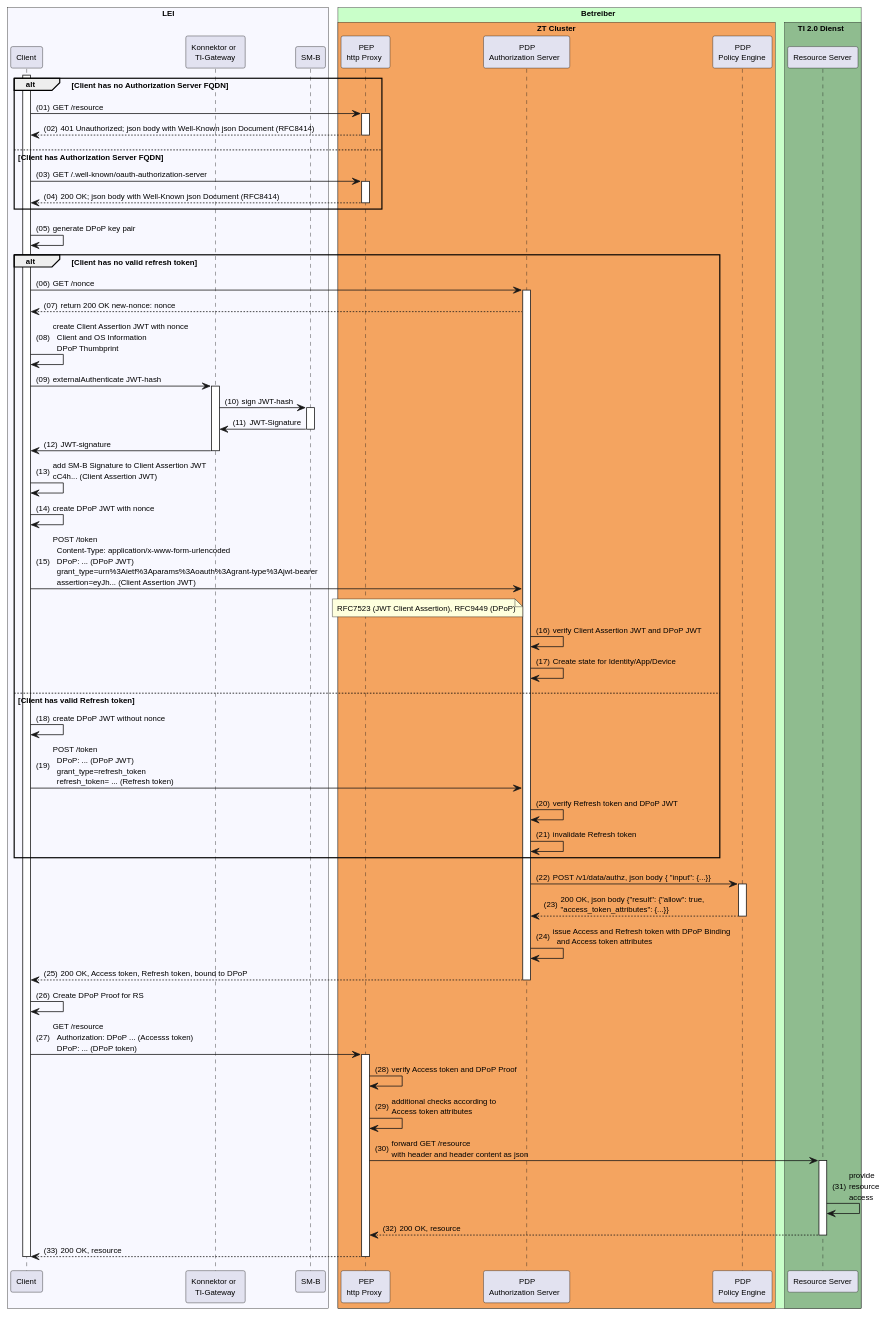
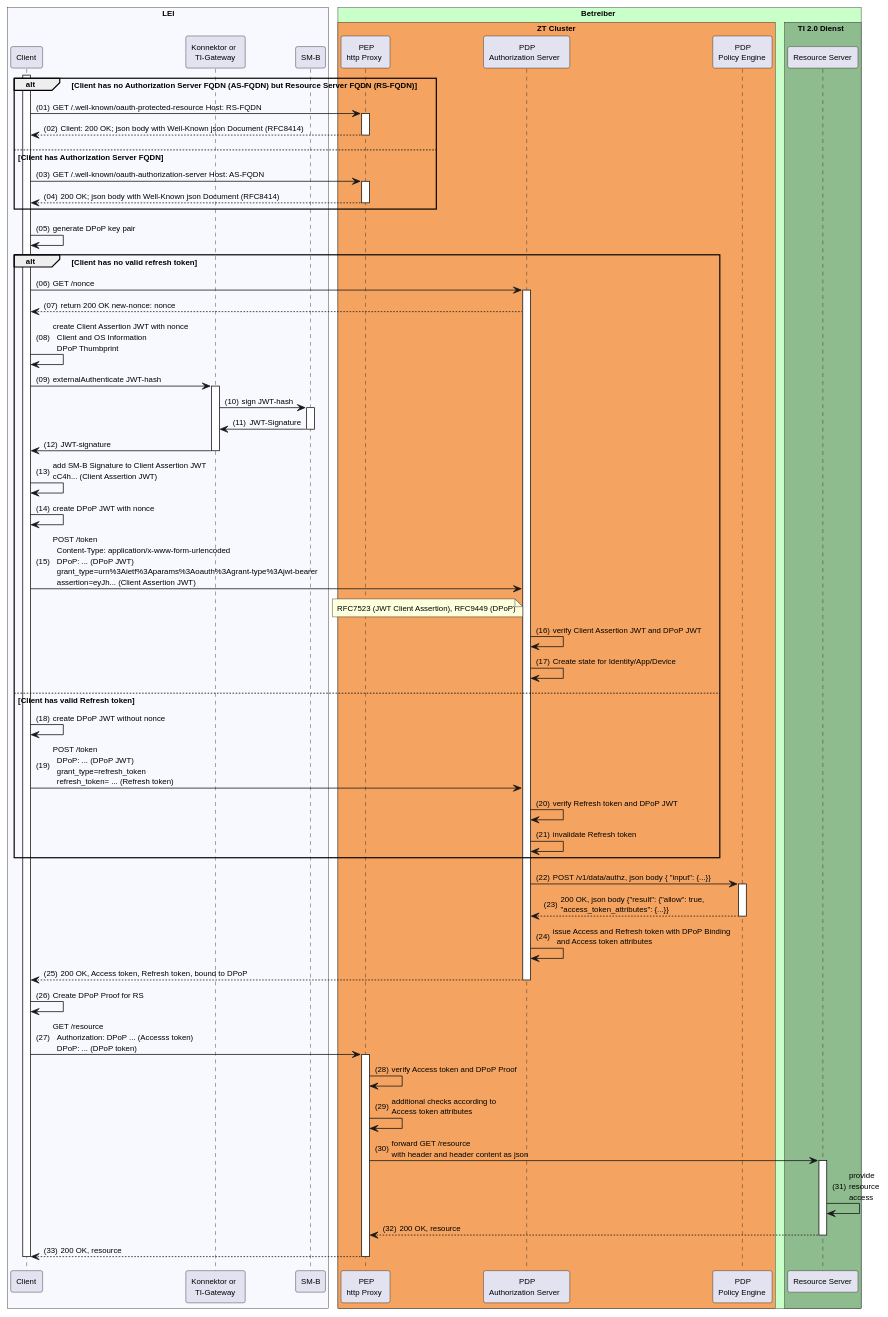
One commit to gematik/spec-t20r changed the diagram in src/plantuml/sm-b-auth.puml. Above: the diagram before and after it, drawn with PlantUML.

Commit message:
Clarify PlantUML sequence for client authorization flow and update HTTP request details

```diff
--- a/src/plantuml/sm-b-auth.puml
+++ b/src/plantuml/sm-b-auth.puml
@@ -1,109 +1,109 @@
 @startuml "SM-B_Auth_with_DPoP"
 autonumber "(00)"
 skinparam defaultFontSize 10
 skinparam defaultFontName Helvetica
 skinparam DefaultMonospacedFontName Courier
 skinparam lengthAdjust none
 
 !pragma teoz true
 
 box "LEI" #GhostWhite
   participant Client
   participant Konnektor as "Konnektor or\nTI-Gateway"
   participant SMB as "SM-B"
 end box
 
 box "Betreiber" #TECHNOLOGY
   box "ZT Cluster" #SandyBrown
     participant HP as "PEP\nhttp Proxy"
     participant AS as "PDP\nAuthorization Server" 
     participant PE as "PDP\nPolicy Engine"
   endbox
    box TI 2.0 Dienst #DarkSeaGreen
     participant RS as "Resource Server"
   endbox
 end box
 
 activate Client
-alt Client has no Authorization Server FQDN
-  Client -> HP: GET /resource
+alt Client has no Authorization Server FQDN (AS-FQDN) but Resource Server FQDN (RS-FQDN)
+  Client -> HP: GET /.well-known/oauth-protected-resource Host: RS-FQDN
   activate HP
-  HP --> Client: 401 Unauthorized; json body with Well-Known json Document (RFC8414)
+  HP --> Client: Client: 200 OK; json body with Well-Known json Document (RFC8414)
   deactivate HP
 else Client has Authorization Server FQDN
-  Client -> HP: GET /.well-known/oauth-authorization-server 
+  Client -> HP: GET /.well-known/oauth-authorization-server Host: AS-FQDN
   activate HP
   HP --> Client: 200 OK; json body with Well-Known json Document (RFC8414)
   deactivate HP
 end
 
 Client -> Client: generate DPoP key pair
 
 alt Client has no valid refresh token
 Client -> AS: GET /nonce
 activate AS
 AS --> Client: return 200 OK new-nonce: nonce
 Client -> Client: create Client Assertion JWT with nonce\n  Client and OS Information\n  DPoP Thumbprint
 Client -> Konnektor: externalAuthenticate JWT-hash
 activate Konnektor
 Konnektor -> SMB: sign JWT-hash
 activate SMB
 SMB -> Konnektor: JWT-Signature
 deactivate SMB
 Konnektor -> Client: JWT-signature
 deactivate Konnektor
 
 Client -> Client: add SM-B Signature to Client Assertion JWT\n\
 cC4h... (Client Assertion JWT)
 Client -> Client: create DPoP JWT with nonce
 Client -> AS: POST /token\n\
   Content-Type: application/x-www-form-urlencoded\n\
   DPoP: ... (DPoP JWT)\n\
   grant_type=urn%3Aietf%3Aparams%3Aoauth%3Agrant-type%3Ajwt-bearer\n\
   assertion=eyJh... (Client Assertion JWT)
 note left of AS
   RFC7523 (JWT Client Assertion), RFC9449 (DPoP)
 end note
 AS -> AS: verify Client Assertion JWT and DPoP JWT
 AS -> AS: Create state for Identity/App/Device
 
 else Client has valid Refresh token
 Client -> Client: create DPoP JWT without nonce
 Client -> AS: POST /token\n\
   DPoP: ... (DPoP JWT)\n\
   grant_type=refresh_token\n\
   refresh_token= ... (Refresh token)
 AS -> AS: verify Refresh token and DPoP JWT
 AS -> AS: invalidate Refresh token
 end
 
 AS -> PE: POST /v1/data/authz, json body {  "input": {...}} 
 activate PE
 PE --> AS: 200 OK, json body {"result": {"allow": true,\n\
 "access_token_attributes": {...}}
 deactivate PE
 AS -> AS: issue Access and Refresh token with DPoP Binding\n\
   and Access token attributes
 AS --> Client: 200 OK, Access token, Refresh token, bound to DPoP
 deactivate AS
 
 Client -> Client: Create DPoP Proof for RS
 Client -> HP: GET /resource\n\
   Authorization: DPoP ... (Accesss token)\n\
   DPoP: ... (DPoP token)
 activate HP
 HP -> HP: verify Access token and DPoP Proof
 HP -> HP: additional checks according to\n\
 Access token attributes
 HP -> RS: forward GET /resource\n\
 with header and header content as json
 activate RS
 RS -> RS: provide\nresource\naccess
 RS --> HP: 200 OK, resource
 deactivate RS
 HP --> Client: 200 OK, resource
 deactivate HP
 deactivate RS
 deactivate Client
 
 @enduml
```
